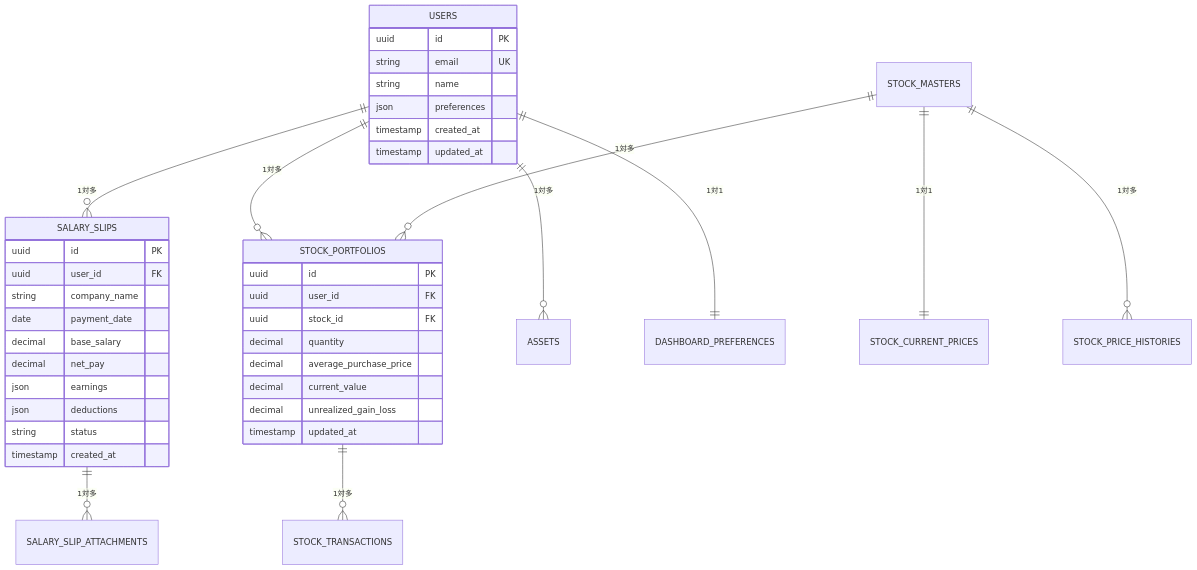
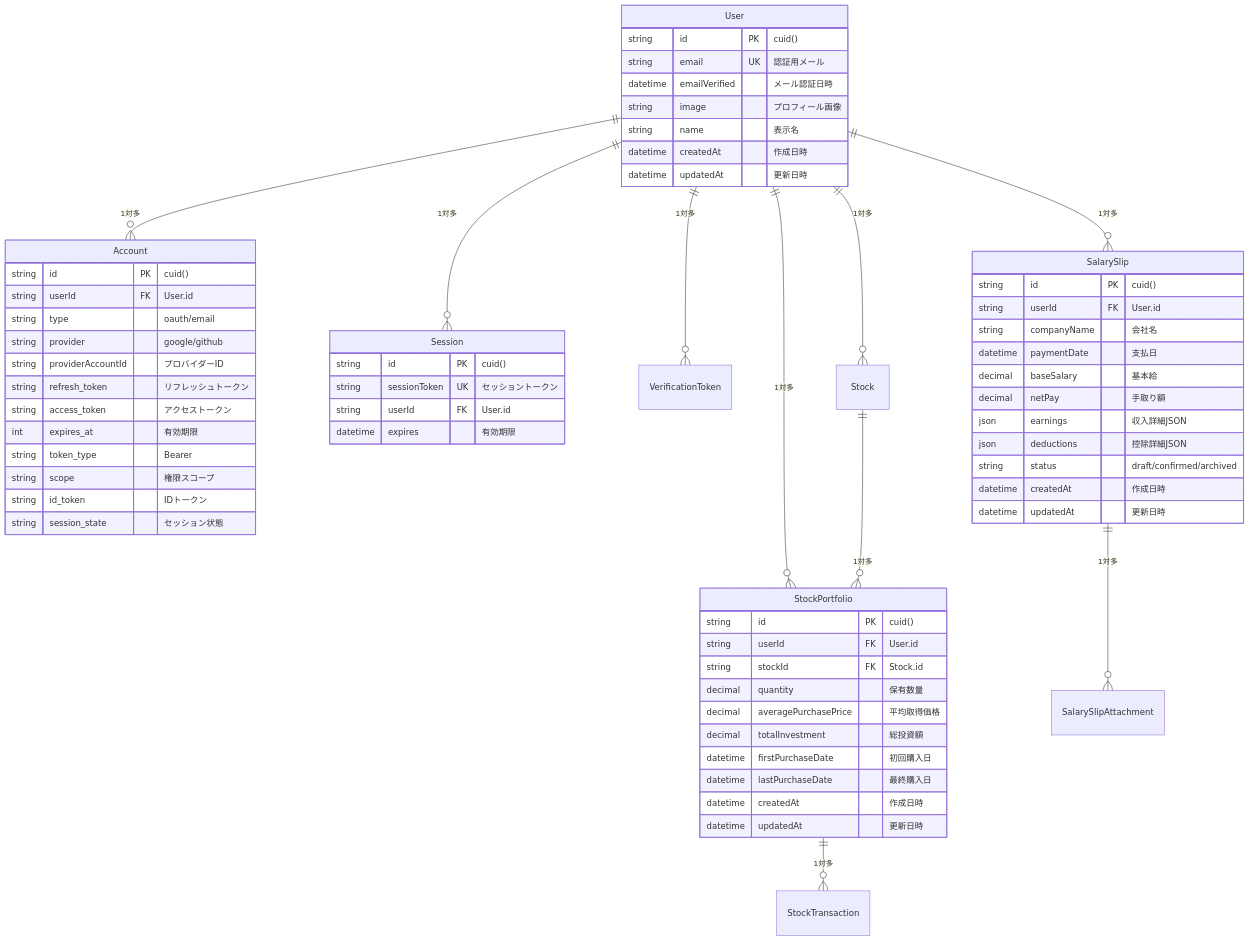
One commit to Tora29/salary-management changed the second of 10 diagrams in docs/detailed-design/10-01_technical-design-overview.md. Above: the diagram before and after it, drawn with Mermaid. The commit also changed other lines of this file and 14 other files, not shown here.

````diff
--- a/docs/detailed-design/10-01_technical-design-overview.md
+++ b/docs/detailed-design/10-01_technical-design-overview.md
@@ -108,47 +148,80 @@
 ```mermaid
 erDiagram
-    USERS ||--o{ SALARY_SLIPS : "1対多"
-    USERS ||--o{ STOCK_PORTFOLIOS : "1対多"
-    USERS ||--o{ ASSETS : "1対多"
-    USERS ||--|| DASHBOARD_PREFERENCES : "1対1"
-    
-    STOCK_MASTERS ||--o{ STOCK_PORTFOLIOS : "1対多"
-    STOCK_MASTERS ||--|| STOCK_CURRENT_PRICES : "1対1"
-    STOCK_MASTERS ||--o{ STOCK_PRICE_HISTORIES : "1対多"
-    STOCK_PORTFOLIOS ||--o{ STOCK_TRANSACTIONS : "1対多"
-    
-    SALARY_SLIPS ||--o{ SALARY_SLIP_ATTACHMENTS : "1対多"
-    
-    USERS {
-        uuid id PK
-        string email UK
-        string name
-        json preferences
-        timestamp created_at
-        timestamp updated_at
+    %% Auth.js 標準テーブル (自動生成)
+    User ||--o{ Account : "1対多"
+    User ||--o{ Session : "1対多"
+    User ||--o{ VerificationToken : "1対多"
+
+    %% アプリケーション固有テーブル
+    User ||--o{ SalarySlip : "1対多"
+    User ||--o{ StockPortfolio : "1対多"
+    User ||--o{ Stock : "1対多"
+
+    StockPortfolio ||--o{ StockTransaction : "1対多"
+    Stock ||--o{ StockPortfolio : "1対多"
+    SalarySlip ||--o{ SalarySlipAttachment : "1対多"
+
+    %% Auth.js 統合 User モデル
+    User {
+        string id PK "cuid()"
+        string email UK "認証用メール"
+        datetime emailVerified "メール認証日時"
+        string image "プロフィール画像"
+        string name "表示名"
+        datetime createdAt "作成日時"
+        datetime updatedAt "更新日時"
     }
-    
-    SALARY_SLIPS {
-        uuid id PK
-        uuid user_id FK
-        string company_name
-        date payment_date
-        decimal base_salary
-        decimal net_pay
-        json earnings
-        json deductions
-        string status
-        timestamp created_at
+
+    %% Auth.js Account モデル (OAuth情報)
+    Account {
+        string id PK "cuid()"
+        string userId FK "User.id"
+        string type "oauth/email"
+        string provider "google/github"
+        string providerAccountId "プロバイダーID"
+        string refresh_token "リフレッシュトークン"
+        string access_token "アクセストークン"
+        int expires_at "有効期限"
+        string token_type "Bearer"
+        string scope "権限スコープ"
+        string id_token "IDトークン"
+        string session_state "セッション状態"
     }
-    
-    STOCK_PORTFOLIOS {
-        uuid id PK
-        uuid user_id FK
-        uuid stock_id FK
-        decimal quantity
-        decimal average_purchase_price
-        decimal current_value
-        decimal unrealized_gain_loss
-        timestamp updated_at
+
+    %% Auth.js Session モデル (セッション管理)
+    Session {
+        string id PK "cuid()"
+        string sessionToken UK "セッショントークン"
+        string userId FK "User.id"
+        datetime expires "有効期限"
+    }
+
+    %% 給料明細テーブル (Prisma最適化)
+    SalarySlip {
+        string id PK "cuid()"
+        string userId FK "User.id"
+        string companyName "会社名"
+        datetime paymentDate "支払日"
+        decimal baseSalary "基本給"
+        decimal netPay "手取り額"
+        json earnings "収入詳細JSON"
+        json deductions "控除詳細JSON"
+        string status "draft/confirmed/archived"
+        datetime createdAt "作成日時"
+        datetime updatedAt "更新日時"
+    }
+
+    %% 株式ポートフォリオテーブル
+    StockPortfolio {
+        string id PK "cuid()"
+        string userId FK "User.id"
+        string stockId FK "Stock.id"
+        decimal quantity "保有数量"
+        decimal averagePurchasePrice "平均取得価格"
+        decimal totalInvestment "総投資額"
+        datetime firstPurchaseDate "初回購入日"
+        datetime lastPurchaseDate "最終購入日"
+        datetime createdAt "作成日時"
+        datetime updatedAt "更新日時"
     }
 ```
````
